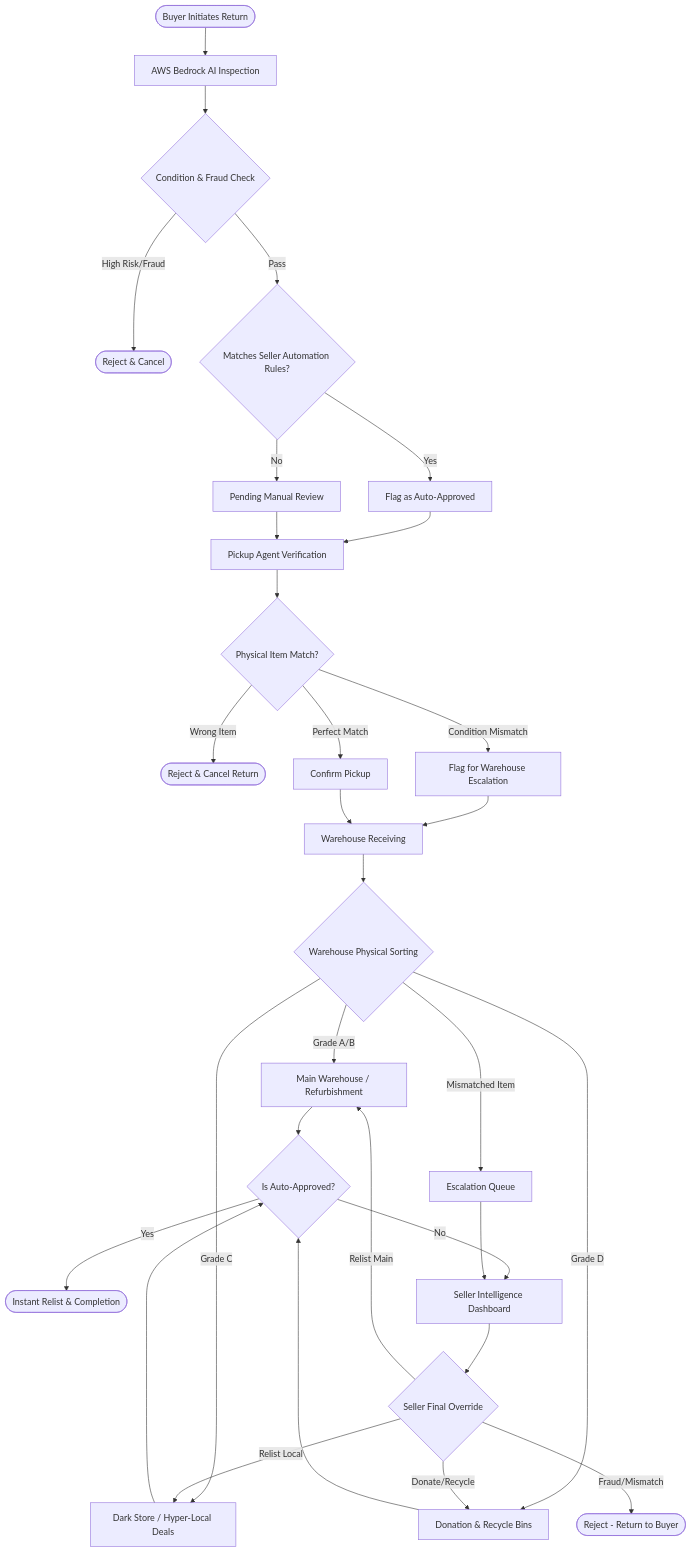
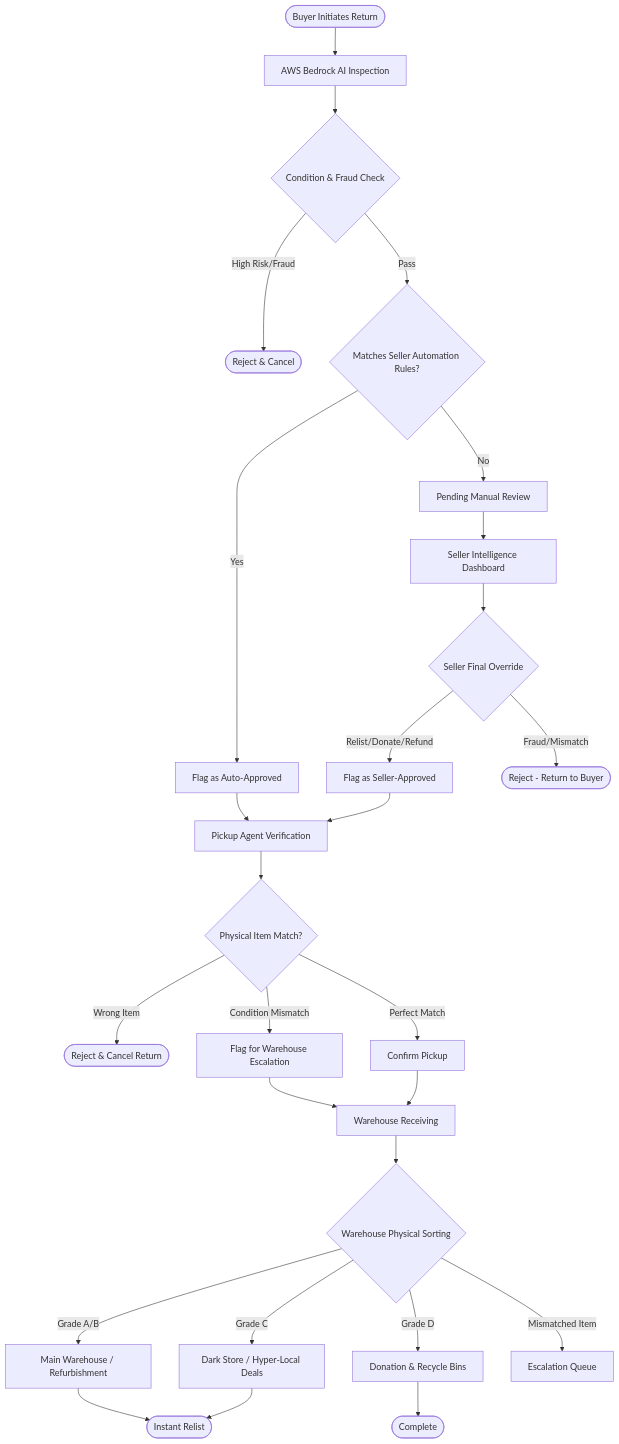
The second of 2 diagrams in flow.md (ChinmayNandawat/HackOn), drawn with Mermaid before and after one commit. The commit also changed other lines of this file and 7 other files, not shown here.

Commit message:
flow correction

````diff
--- a/flow.md
+++ b/flow.md
@@ -52,45 +52,40 @@
 ```mermaid
 graph TD
     A([Buyer Initiates Return]) --> B[AWS Bedrock AI Inspection]
     
     B --> C{Condition & Fraud Check}
     C -- High Risk/Fraud --> D([Reject & Cancel])
     C -- Pass --> E{Matches Seller Automation Rules?}
     
     E -- Yes --> F[Flag as Auto-Approved]
     E -- No --> G[Pending Manual Review]
     
+    G --> U[Seller Intelligence Dashboard]
+    U --> V{Seller Final Override}
+    
+    V -->|Relist/Donate/Refund| W[Flag as Seller-Approved]
+    V -->|Fraud/Mismatch| X([Reject - Return to Buyer])
+    
     F --> H[Pickup Agent Verification]
-    G --> H
+    W --> H
     
     H --> I{Physical Item Match?}
     
     I -- Wrong Item --> J([Reject & Cancel Return])
     I -- Condition Mismatch --> K[Flag for Warehouse Escalation]
     I -- Perfect Match --> L[Confirm Pickup]
     
     K --> M[Warehouse Receiving]
     L --> M
     
     M --> N{Warehouse Physical Sorting}
     
     N -->|Grade A/B| O[Main Warehouse / Refurbishment]
     N -->|Grade C| P[Dark Store / Hyper-Local Deals]
     N -->|Grade D| Q[Donation & Recycle Bins]
     N -->|Mismatched Item| R[Escalation Queue]
     
-    O --> S{Is Auto-Approved?}
-    P --> S
-    Q --> S
-    
-    S -- Yes --> T([Instant Relist & Completion])
-    S -- No --> U[Seller Intelligence Dashboard]
-    R --> U
-    
-    U --> V{Seller Final Override}
-    
-    V -->|Relist Main| O
-    V -->|Relist Local| P
-    V -->|Donate/Recycle| Q
-    V -->|Fraud/Mismatch| W([Reject - Return to Buyer])
+    O --> T([Instant Relist])
+    P --> T
+    Q --> Y([Complete])
 ```
````
